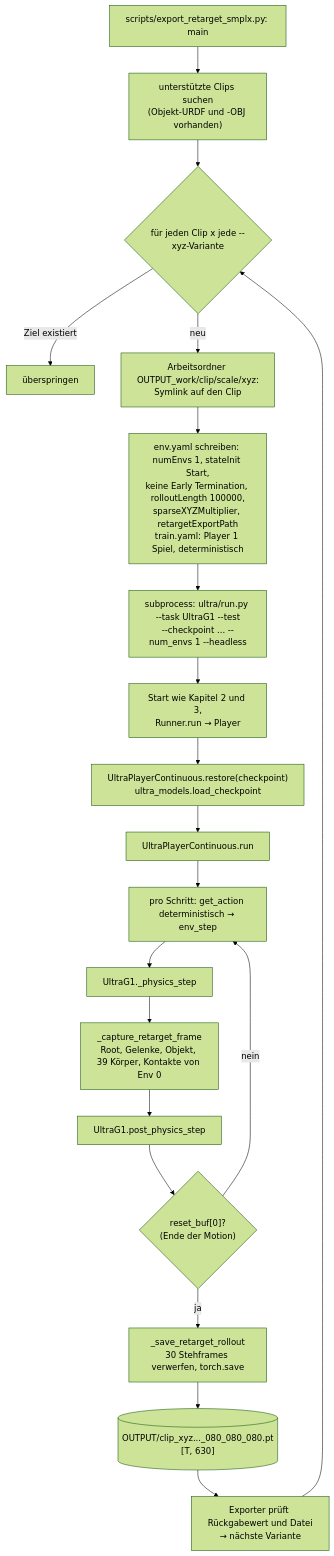
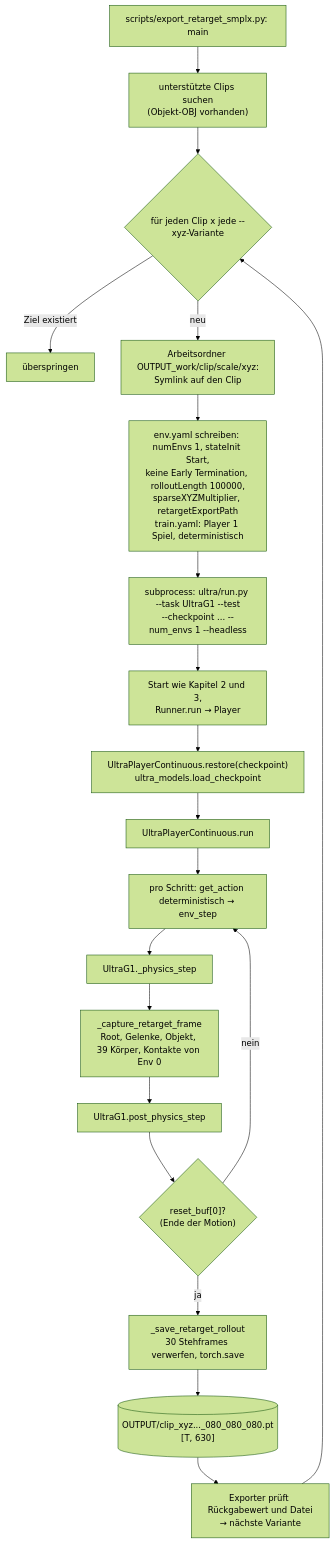
The eighth of 12 diagrams in docs/PIPELINE_ABLAUF.md (loewe024/ULTRA), drawn with Mermaid (forest theme) before and after one commit. The commit also changed 11 other files, not shown here.

````diff
--- a/docs/PIPELINE_ABLAUF.md
+++ b/docs/PIPELINE_ABLAUF.md
@@ -345,23 +345,23 @@
 ```mermaid
 flowchart TD
     ex["scripts/export_retarget_smplx.py: main"]
-    ex --> flt["unterstützte Clips suchen<br/>(Objekt-URDF und -OBJ vorhanden)"]
+    ex --> flt["unterstützte Clips suchen<br/>(Objekt-OBJ vorhanden)"]
     flt --> loop{"für jeden Clip x jede --xyz-Variante"}
     loop -->|"Ziel existiert"| skip["überspringen"]
     loop -->|"neu"| wd["Arbeitsordner OUTPUT_work/clip/scale/xyz:<br/>Symlink auf den Clip"]
     wd --> yml["env.yaml schreiben: numEnvs 1, stateInit Start,<br/>keine Early Termination, rolloutLength 100000,<br/>sparseXYZMultiplier, retargetExportPath<br/>train.yaml: Player 1 Spiel, deterministisch"]
     yml --> sub["subprocess: ultra/run.py --task UltraG1 --test<br/>--checkpoint ... --num_envs 1 --headless"]
     sub --> common["Start wie Kapitel 2 und 3,<br/>Runner.run → Player"]
     common --> prst["UltraPlayerContinuous.restore(checkpoint)<br/>ultra_models.load_checkpoint"]
     prst --> prun["UltraPlayerContinuous.run"]
     prun --> step["pro Schritt: get_action deterministisch → env_step"]
     step --> phs["UltraG1._physics_step"]
     phs --> cap["_capture_retarget_frame<br/>Root, Gelenke, Objekt, 39 Körper, Kontakte von Env 0"]
     cap --> pps["UltraG1.post_physics_step"]
     pps --> done{"reset_buf[0]?<br/>(Ende der Motion)"}
     done -->|"nein"| step
     done -->|"ja"| save["_save_retarget_rollout<br/>30 Stehframes verwerfen, torch.save"]
     save --> out[("OUTPUT/clip_xyz..._080_080_080.pt<br/>[T, 630]")]
     out --> chk["Exporter prüft Rückgabewert und Datei<br/>→ nächste Variante"]
     chk --> loop
 ```
````
